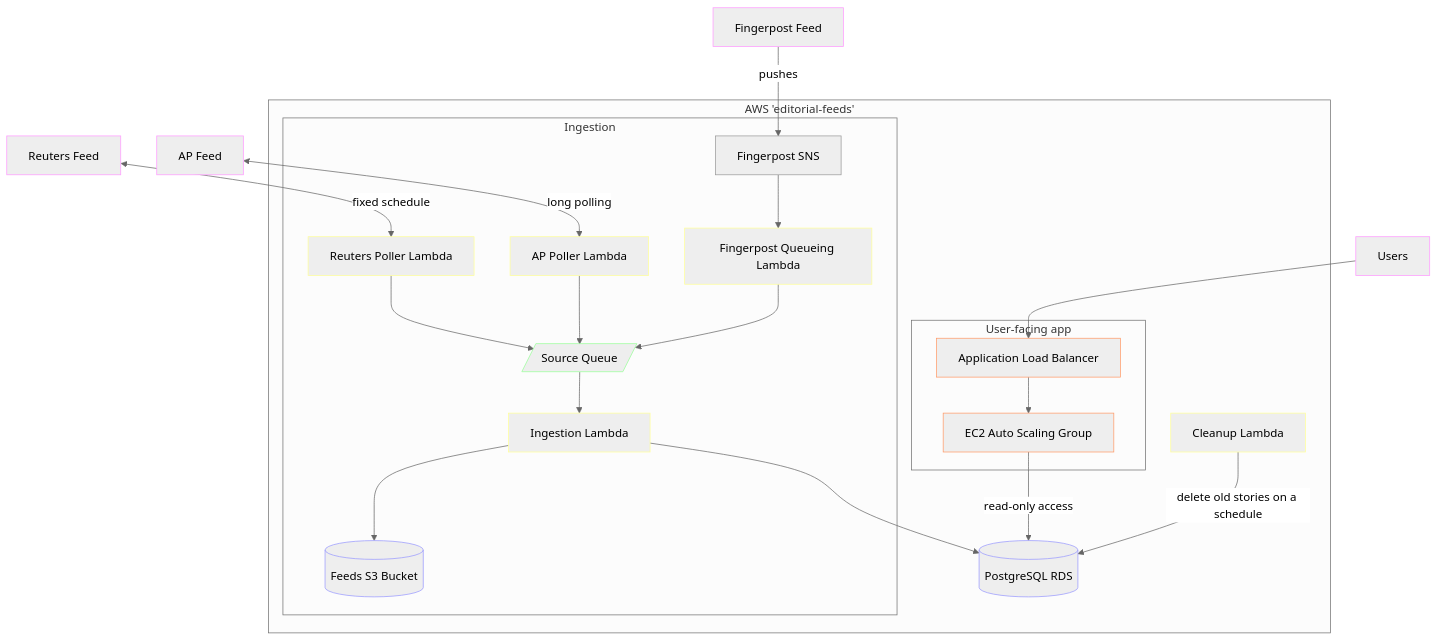
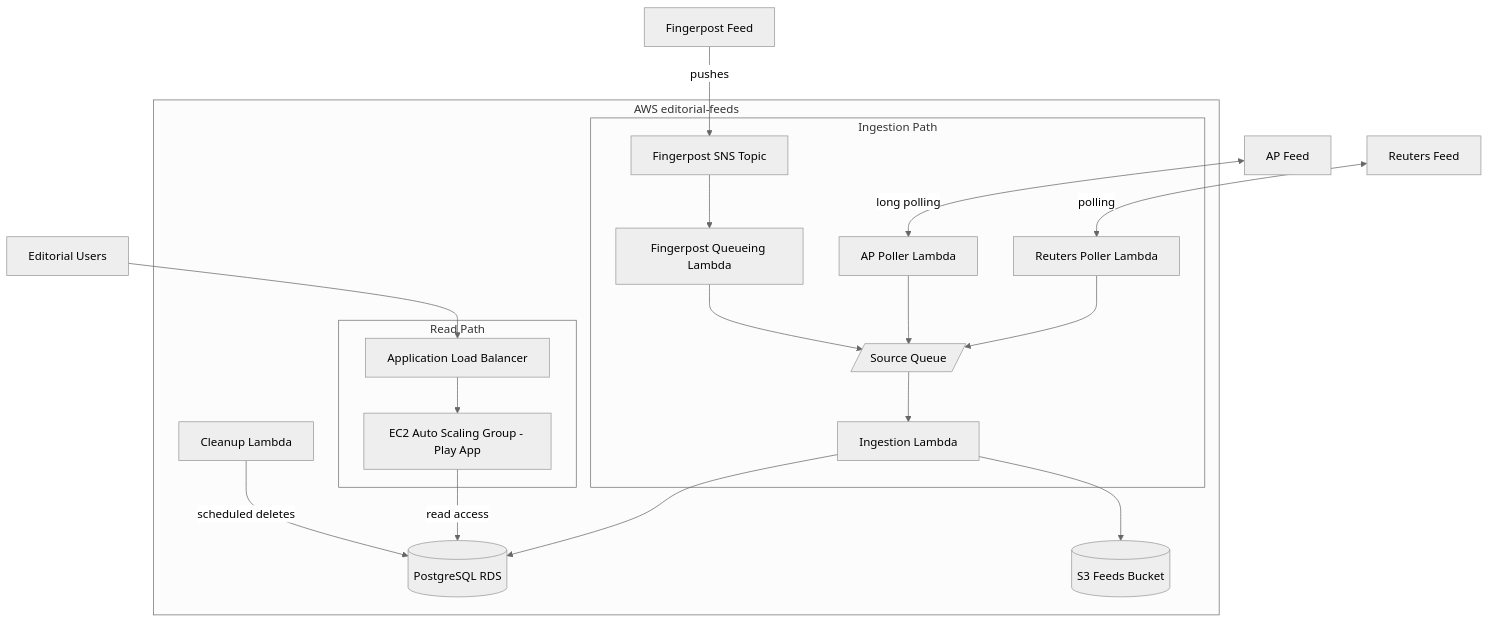
Before and after one commit to guardian/newswires: the diagram in README.md, drawn with Mermaid (neutral theme). The commit also changed other lines of this file and 1 other file, not shown here.

````diff
--- a/README.md
+++ b/README.md
@@ -70,68 +173,44 @@
 ```mermaid
 graph TB
-    %% External Sources
-    Reuters[Reuters Feed]
-    AP[AP Feed]
-    Fingerpost[Fingerpost Feed]
-    Users[Users]
+       Reuters[Reuters Feed]
+       AP[AP Feed]
+       Fingerpost[Fingerpost Feed]
+       Users[Editorial Users]
 
-    subgraph AWS["AWS 'editorial-feeds'"]
-        subgraph WritePath["Ingestion"]
-            %% Lambda Functions for ingestion
-            ReutersPoller[Reuters Poller Lambda]
-            APPoller[AP Poller Lambda]
-            Ingestion[Ingestion Lambda]
+       subgraph AWS["AWS editorial-feeds"]
+              subgraph IngestionPath[Ingestion Path]
+                     ReutersPoller[Reuters Poller Lambda]
+                     APPoller[AP Poller Lambda]
+                     FingerpostSNS[Fingerpost SNS Topic]
+                     FingerpostQueueing[Fingerpost Queueing Lambda]
+                     SourceQ[/Source Queue/]
+                     Ingestion[Ingestion Lambda]
 
-            %% Queues and Topics
-            FingerpostSNS[Fingerpost SNS]
-            FingerpostQueueingLambda[Fingerpost Queueing Lambda]
-            SourceQ[/Source Queue/]
+                     ReutersPoller --> SourceQ
+                     APPoller --> SourceQ
+                     FingerpostSNS --> FingerpostQueueing
+                     FingerpostQueueing --> SourceQ
+                     SourceQ --> Ingestion
+              end
 
-            %% Ingestion flows
-            ReutersPoller --> SourceQ
-            APPoller --> SourceQ
-            FingerpostQueueingLambda --> SourceQ
-            SourceQ --> Ingestion
-            Ingestion --> FeedsBucket
-        end
+              subgraph ReadPath[Read Path]
+                     ALB[Application Load Balancer]
+                     ASG[EC2 Auto Scaling Group - Play App]
+                     ALB --> ASG
+              end
 
-        subgraph ReadPath["User-facing app"]
-            %% Web Application
-            ASG[EC2 Auto Scaling Group]
-            ALB[Application Load Balancer]
+              DB[(PostgreSQL RDS)]
+              FeedsBucket[(S3 Feeds Bucket)]
+              Cleanup[Cleanup Lambda]
 
-            %% Read path flows
-            ALB --> ASG
-        end
+              Ingestion --> DB
+              Ingestion --> FeedsBucket
+              ASG -- read access --> DB
+              Cleanup -- scheduled deletes --> DB
+       end
 
-        %% Shared Resources
-        FeedsBucket[(Feeds S3 Bucket)]
-        DB[(PostgreSQL RDS)]
-        Cleanup[Cleanup Lambda]
-
-        %% Shared Resource Flows
-        Ingestion --> DB
-        ASG -- "read-only access" --> DB
-        Cleanup -- "delete old stories on a schedule" --> DB
-    end
-
-    %% External Data Flows
-    Reuters <-- "fixed schedule" --> ReutersPoller
-    AP <-- "long polling" --> APPoller
-    Fingerpost -- pushes --> FingerpostSNS
-    FingerpostSNS --> FingerpostQueueingLambda
-    Users --> ALB
-
-    %% Styling
-    classDef external stroke:#f9f
-    classDef lambda stroke:#ff9
-    classDef queue stroke:#9f9
-    classDef storage stroke:#99f
-    classDef compute stroke:#f96
-
-    class Reuters,AP,Fingerpost,Users external
-    class ReutersPoller,APPoller,Ingestion,Cleanup,FingerpostQueueingLambda lambda
-    class SourceQ queue
-    class FeedsBucket,DB storage
-    class ASG,ALB compute
+       Reuters <-- polling --> ReutersPoller
+       AP <-- long polling --> APPoller
+       Fingerpost -- pushes --> FingerpostSNS
+       Users --> ALB
 ```
````
